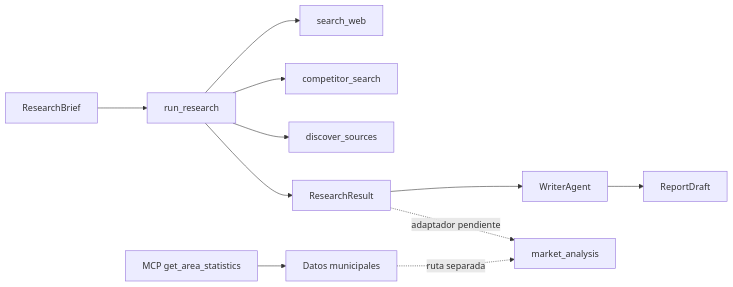
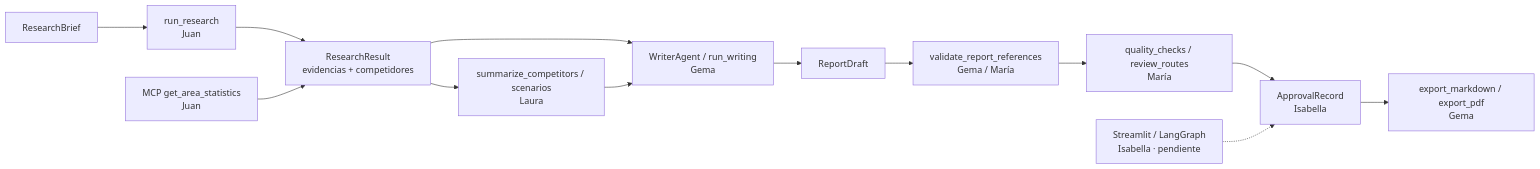
One commit to Isabela-Tellez/FitFamily changed the diagram in README.md. Above: the diagram before and after it, drawn with Mermaid. The commit also changed other lines of this file and 3 other files, not shown here.

````diff
--- a/README.md
+++ b/README.md
@@ -66,13 +112,15 @@
 ```mermaid
 flowchart LR
-    A[ResearchBrief] --> B[run_research]
-    B --> C[search_web]
-    B --> D[competitor_search]
-    B --> E[discover_sources]
-    B --> F[ResearchResult]
-    F --> G[WriterAgent]
-    G --> H[ReportDraft]
-    F -. adaptador pendiente .-> I[market_analysis]
-    J[MCP get_area_statistics] --> K[Datos municipales]
-    K -. ruta separada .-> I
+    A[ResearchBrief] --> B[run_research<br/>Juan]
+    B --> C[ResearchResult<br/>evidencias + competidores]
+    C --> D[summarize_competitors / scenarios<br/>Laura]
+    C --> E[WriterAgent / run_writing<br/>Gema]
+    D --> E
+    E --> F[ReportDraft]
+    F --> G[validate_report_references<br/>Gema / María]
+    G --> H[quality_checks / review_routes<br/>María]
+    H --> I[ApprovalRecord<br/>Isabella]
+    I --> J[export_markdown / export_pdf<br/>Gema]
+    K[MCP get_area_statistics<br/>Juan] --> C
+    L[Streamlit / LangGraph<br/>Isabella · pendiente] -.-> I
 ```
````
